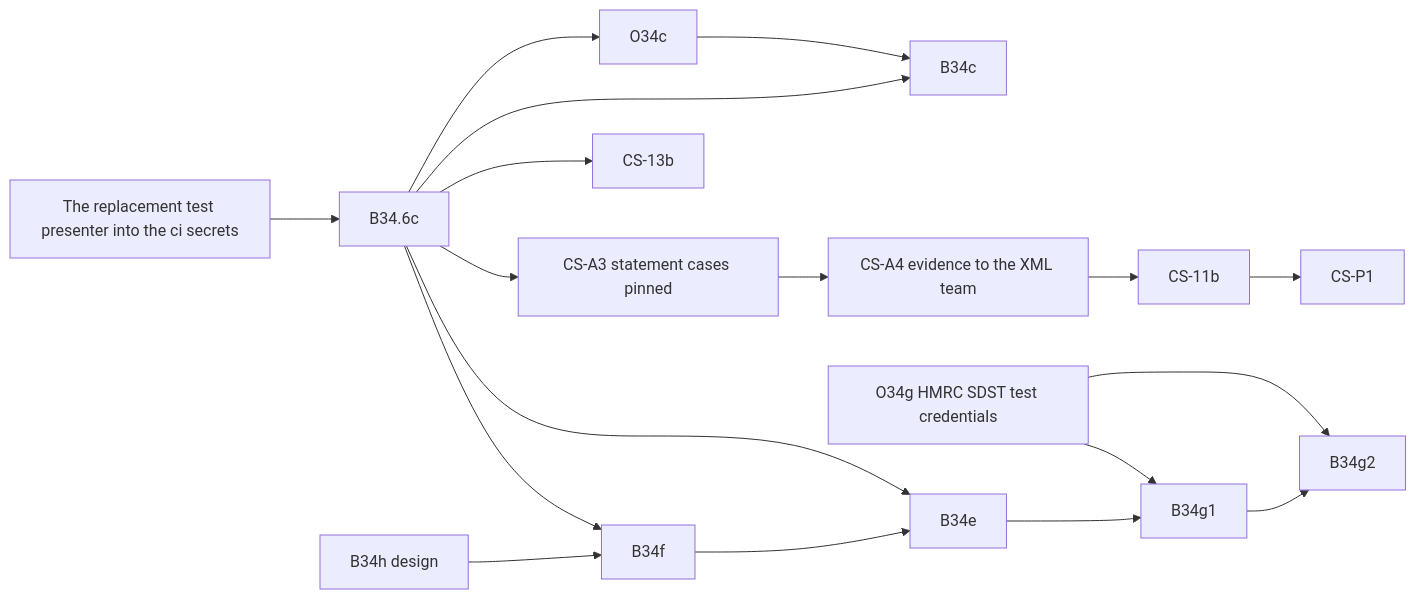
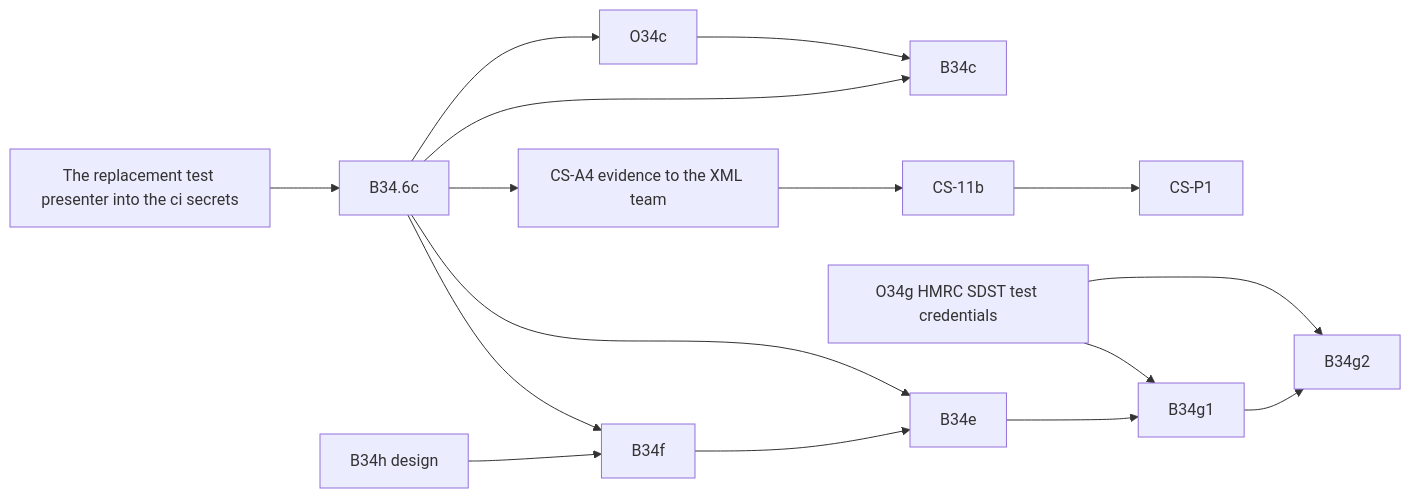
One commit to diy-accounting-uk/submit.diyaccounting.co.uk changed the diagram in PLAN_COMPANIES_HOUSE.md. Above: the diagram before and after it, drawn with Mermaid. The commit also changed other lines of this file and 2 other files, not shown here.

````diff
--- a/PLAN_COMPANIES_HOUSE.md
+++ b/PLAN_COMPANIES_HOUSE.md
@@ -63,20 +63,18 @@
 ```mermaid
 flowchart LR
     SEC[The replacement test presenter into the ci secrets] --> B346c[B34.6c]
     B346c --> O34c
     B346c --> B34c
     O34c --> B34c
-    B346c --> CSA3[CS-A3 statement cases pinned]
-    B346c --> CS13b[CS-13b]
-    CSA3 --> CSA4[CS-A4 evidence to the XML team]
+    B346c --> CSA4[CS-A4 evidence to the XML team]
     CSA4 --> CS11b[CS-11b]
     CS11b --> CSP1[CS-P1]
     B34h[B34h design] --> B34f
     B34f --> B34e
     B34e --> B34g1
     B34g1 --> B34g2
     O34g[O34g HMRC SDST test credentials] --> B34g1
     O34g --> B34g2
     B346c --> B34f
     B346c --> B34e
 ```
````
